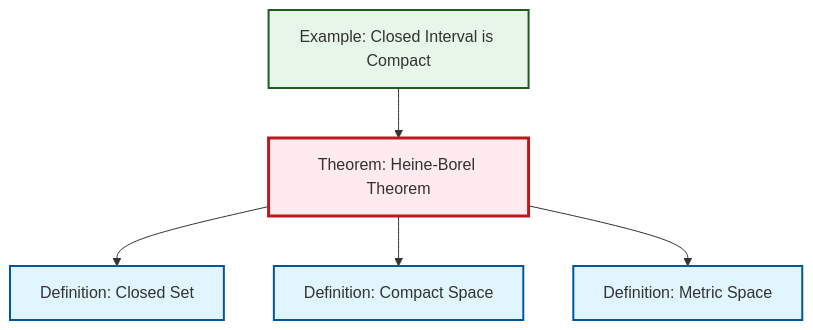
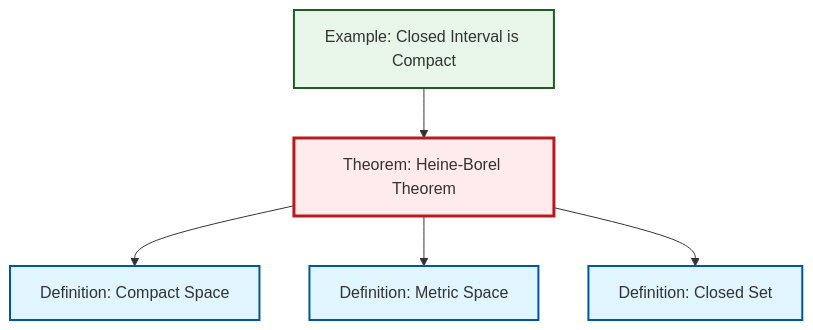
Before and after one commit to RK0429/ModernMath: the diagram in content/ja/topology/thm-heine-borel.qmd, drawn with Mermaid. The commit also changed other lines of this file and 531 other files, not shown here.

````diff
--- a/content/ja/topology/thm-heine-borel.qmd
+++ b/content/ja/topology/thm-heine-borel.qmd
@@ -49,23 +49,23 @@
 ```{mermaid}
 %%| fig-cap: "Local dependency graph"
 graph TD
     classDef definition fill:#e1f5fe,stroke:#01579b,stroke-width:2px
     classDef theorem fill:#f3e5f5,stroke:#4a148c,stroke-width:2px
     classDef axiom fill:#fff3e0,stroke:#e65100,stroke-width:2px
     classDef example fill:#e8f5e9,stroke:#1b5e20,stroke-width:2px
     classDef current fill:#ffebee,stroke:#b71c1c,stroke-width:3px
+    def-metric-space["Definition: Metric Space"]:::definition
     def-compact["Definition: Compact Space"]:::definition
     ex-closed-interval-compact["Example: Closed Interval is Compact"]:::example
     def-closed-set["Definition: Closed Set"]:::definition
-    def-metric-space["Definition: Metric Space"]:::definition
     thm-heine-borel["Theorem: Heine-Borel Theorem"]:::theorem
-    thm-heine-borel --> def-closed-set
     ex-closed-interval-compact --> thm-heine-borel
     thm-heine-borel --> def-compact
     thm-heine-borel --> def-metric-space
+    thm-heine-borel --> def-closed-set
     class thm-heine-borel current
+    click def-metric-space "def-metric-space.html" "Definition: Metric Spaceへ"
     click def-compact "def-compact.html" "Definition: Compact Spaceへ"
     click ex-closed-interval-compact "ex-closed-interval-compact.html" "Example: Closed Interval is Compactへ"
     click def-closed-set "def-closed-set.html" "Definition: Closed Setへ"
-    click def-metric-space "def-metric-space.html" "Definition: Metric Spaceへ"
 ```
````
